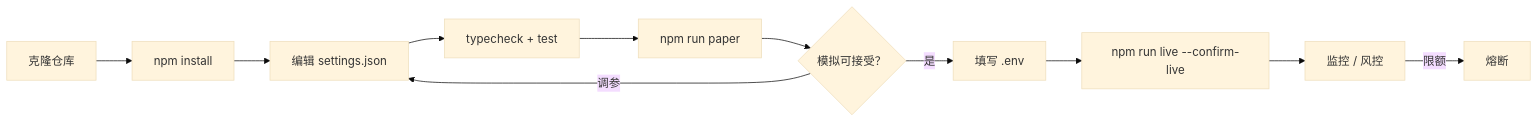
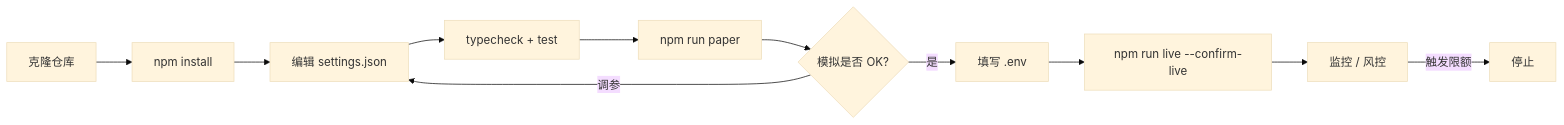
The first of 3 diagrams in README.zh.md (Drift-Trading-Lab/drift-protocol-perp-trading-bot), drawn with Mermaid (base theme) before and after one commit. The commit also changed other lines of this file and 4 other files, not shown here.

````diff
--- a/README.zh.md
+++ b/README.zh.md
@@ -31,13 +32,13 @@
 ```mermaid
 flowchart LR
   A[克隆仓库] --> B[npm install]
   B --> C[编辑 settings.json]
   C --> D[typecheck + test]
   D --> E[npm run paper]
-  E --> F{模拟可接受？}
+  E --> F{模拟是否 OK?}
   F -->|是| G[填写 .env]
   F -->|调参| C
   G --> H[npm run live --confirm-live]
   H --> I[监控 / 风控]
-  I -->|限额| J[熔断]
+  I -->|触发限额| J[停止]
 ```
````
